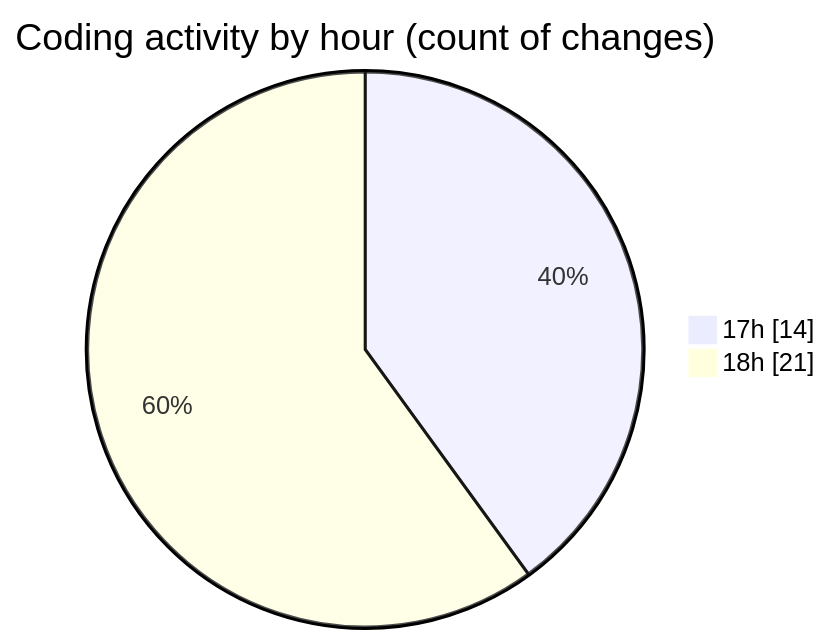
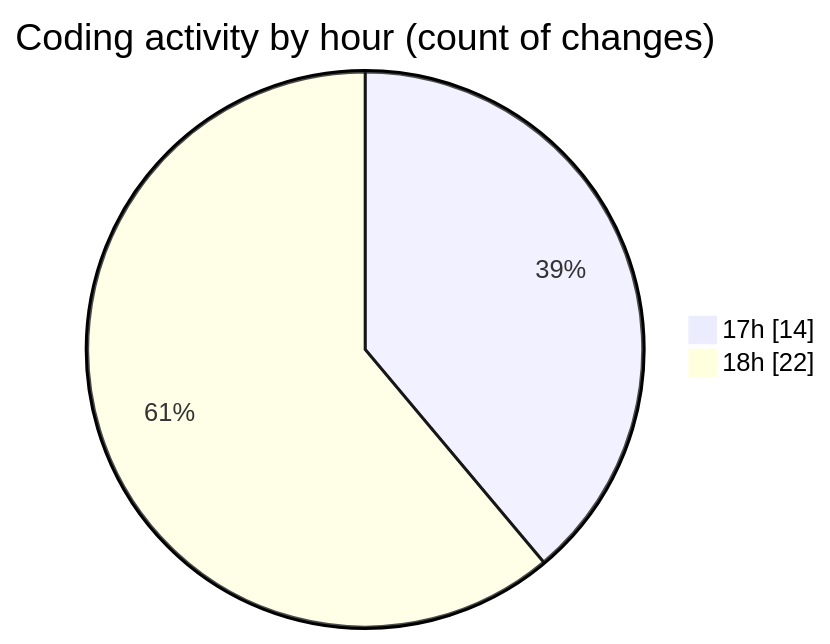
Before and after one commit to idhammustaqopulfikri/code-tracking: the second of 2 diagrams in 2025-10-05/lapangan-futsal/README.md, drawn with Mermaid. The commit also changed other lines of this file and 1 other file, not shown here.

````diff
--- a/2025-10-05/lapangan-futsal/README.md
+++ b/2025-10-05/lapangan-futsal/README.md
@@ -53,6 +54,6 @@
 ```mermaid
 pie showData
 title Coding activity by hour (count of changes)
 "17h" : 14
-"18h" : 21
+"18h" : 22
 ```
````
